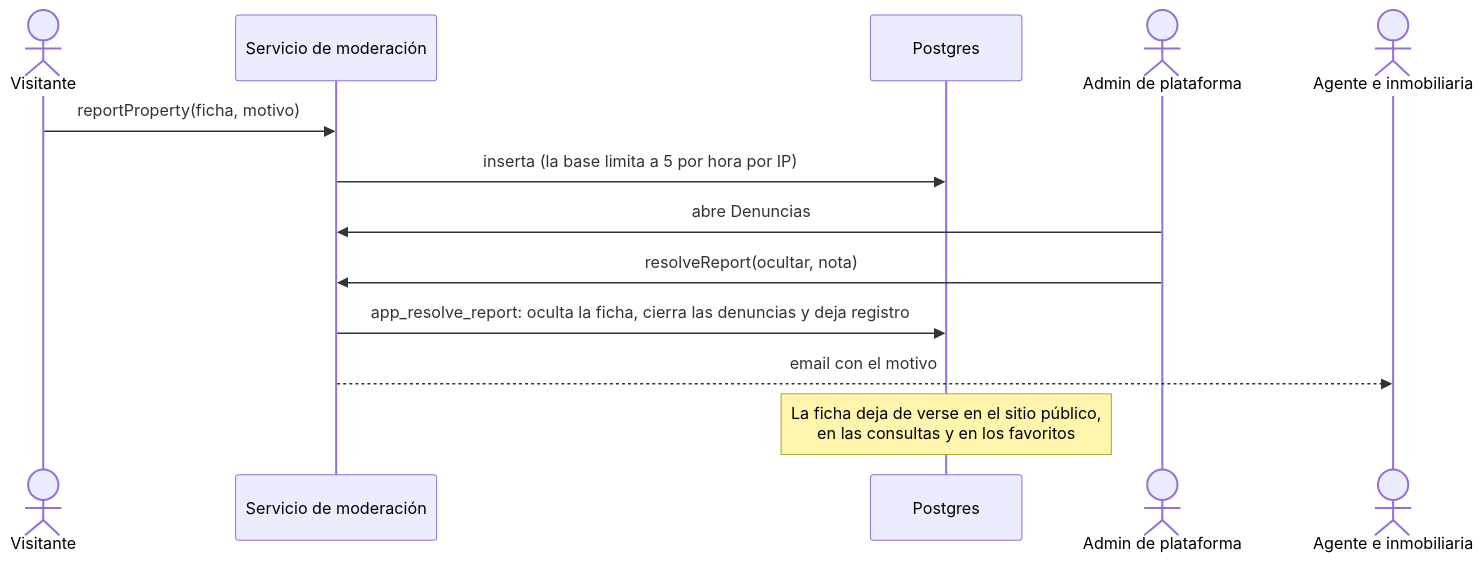
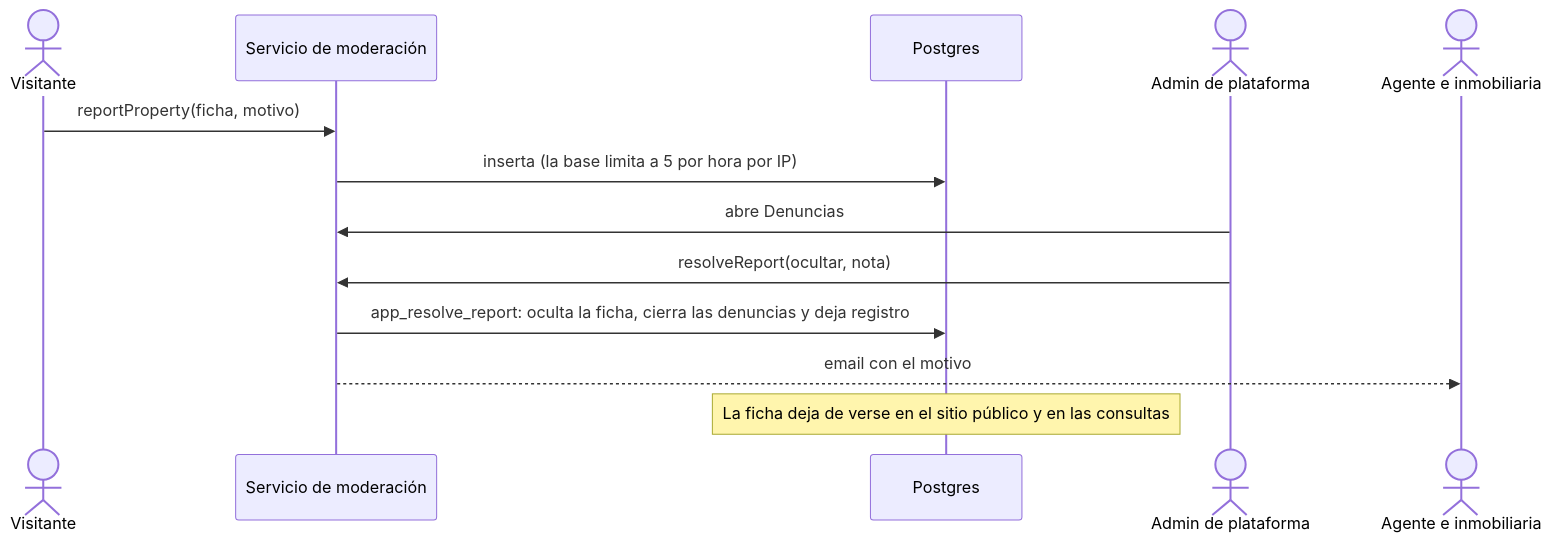
Before and after one commit to valeriadelrio/portal-inmobiliario: diagram 13 of 15 in docs/diagramas.md, drawn with Mermaid. The commit also changed other lines of this file and 17 other files, not shown here.

First line of the commit message:
feat: se quitan los favoritos de la v1

````diff
--- a/docs/diagramas.md
+++ b/docs/diagramas.md
@@ -338,16 +337,16 @@
 ```mermaid
 sequenceDiagram
   actor Vi as Visitante
   participant S as Servicio de moderación
   participant DB as Postgres
   actor Pl as Admin de plataforma
   actor Ag as Agente e inmobiliaria
 
   Vi->>S: reportProperty(ficha, motivo)
   S->>DB: inserta (la base limita a 5 por hora por IP)
   Pl->>S: abre Denuncias
   Pl->>S: resolveReport(ocultar, nota)
   S->>DB: app_resolve_report: oculta la ficha, cierra las denuncias y deja registro
   S-->>Ag: email con el motivo
-  Note over DB: La ficha deja de verse en el sitio público,<br/>en las consultas y en los favoritos
+  Note over DB: La ficha deja de verse en el sitio público y en las consultas
 ```
````
